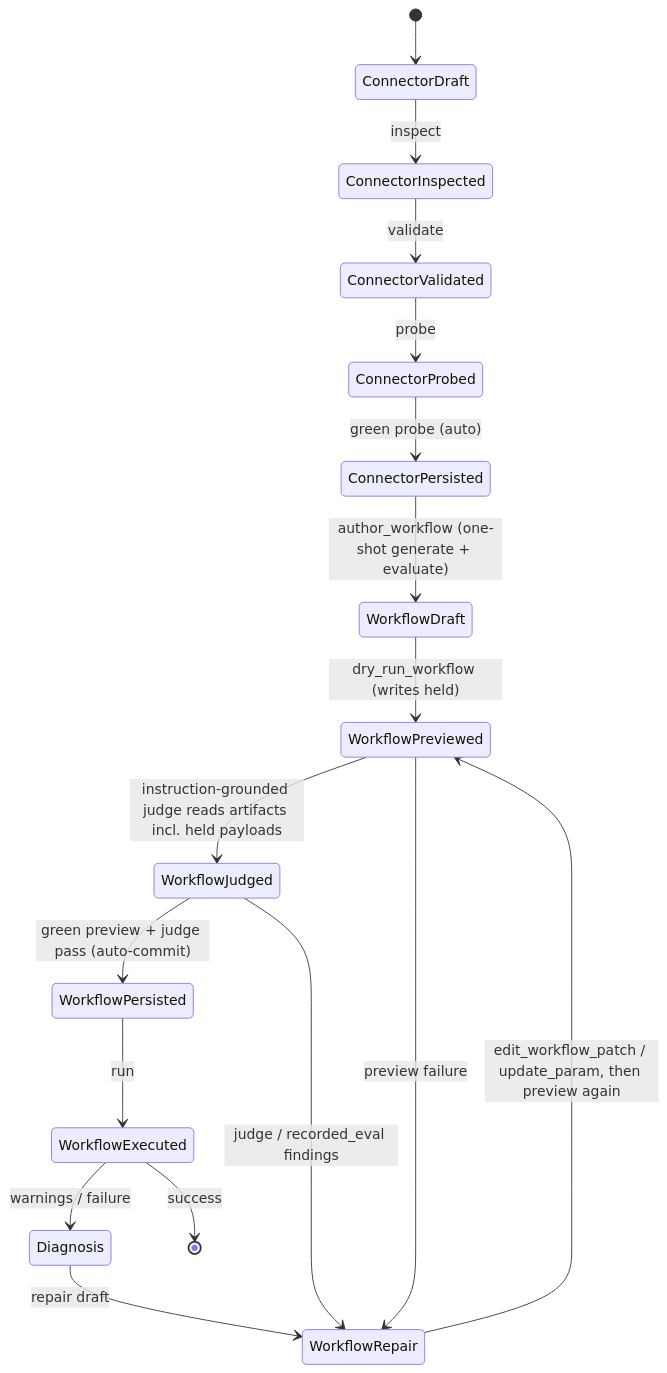
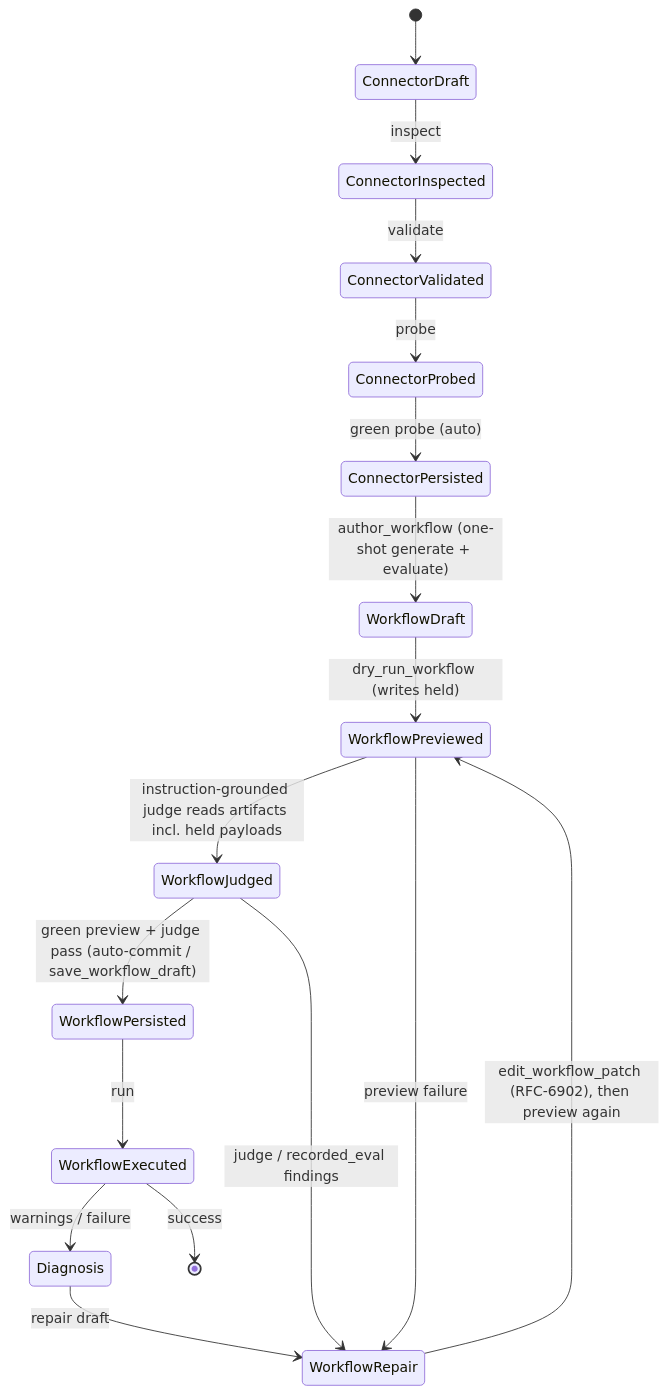
The second of 3 diagrams in docs/authors/authoring-workflows.md (MikeBild/subkit), drawn with Mermaid before and after one commit. The commit also changed other lines of this file and 22 other files, not shown here.

````diff
--- a/docs/authors/authoring-workflows.md
+++ b/docs/authors/authoring-workflows.md
@@ -64,19 +64,19 @@
 ```mermaid
 stateDiagram-v2
     [*] --> ConnectorDraft
     ConnectorDraft --> ConnectorInspected: inspect
     ConnectorInspected --> ConnectorValidated: validate
     ConnectorValidated --> ConnectorProbed: probe
     ConnectorProbed --> ConnectorPersisted: green probe (auto)
     ConnectorPersisted --> WorkflowDraft: author_workflow (one-shot generate + evaluate)
     WorkflowDraft --> WorkflowPreviewed: dry_run_workflow (writes held)
     WorkflowPreviewed --> WorkflowJudged: instruction-grounded judge reads artifacts incl. held payloads
-    WorkflowJudged --> WorkflowPersisted: green preview + judge pass (auto-commit)
+    WorkflowJudged --> WorkflowPersisted: green preview + judge pass (auto-commit / save_workflow_draft)
     WorkflowJudged --> WorkflowRepair: judge / recorded_eval findings
     WorkflowPreviewed --> WorkflowRepair: preview failure
-    WorkflowRepair --> WorkflowPreviewed: edit_workflow_patch / update_param, then preview again
+    WorkflowRepair --> WorkflowPreviewed: edit_workflow_patch (RFC-6902), then preview again
     WorkflowPersisted --> WorkflowExecuted: run
     WorkflowExecuted --> Diagnosis: warnings / failure
     Diagnosis --> WorkflowRepair: repair draft
     WorkflowExecuted --> [*]: success
 ```
````
